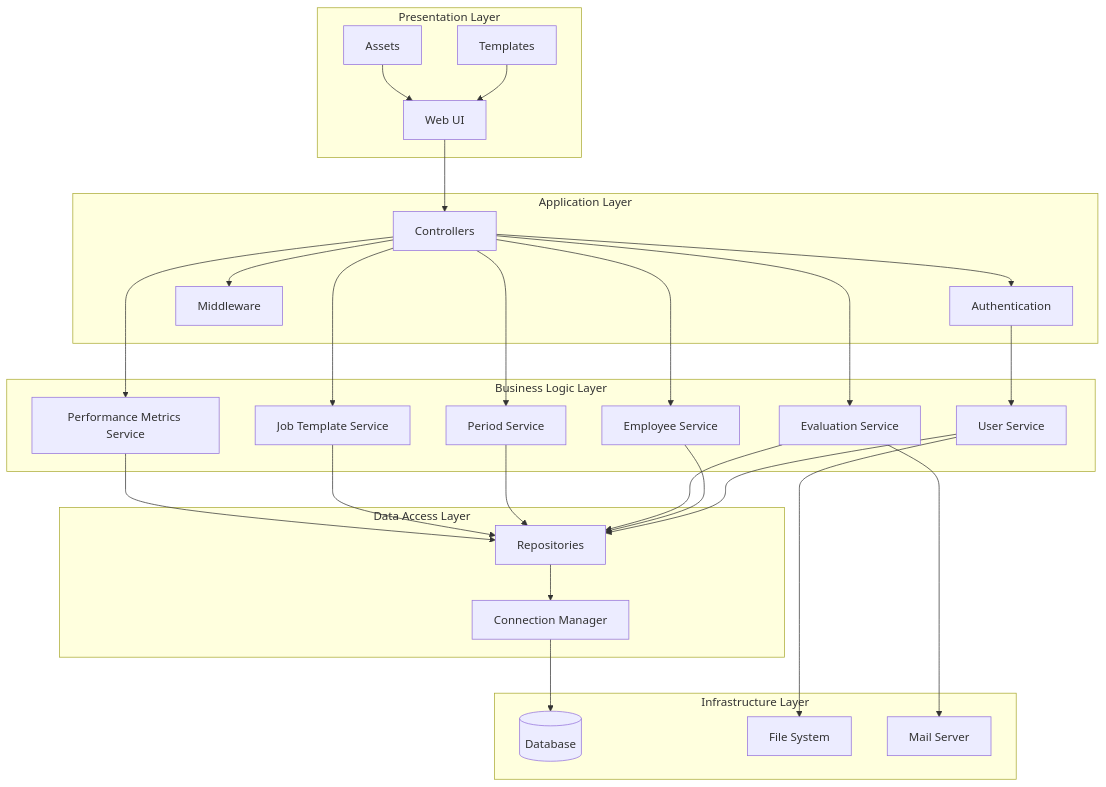
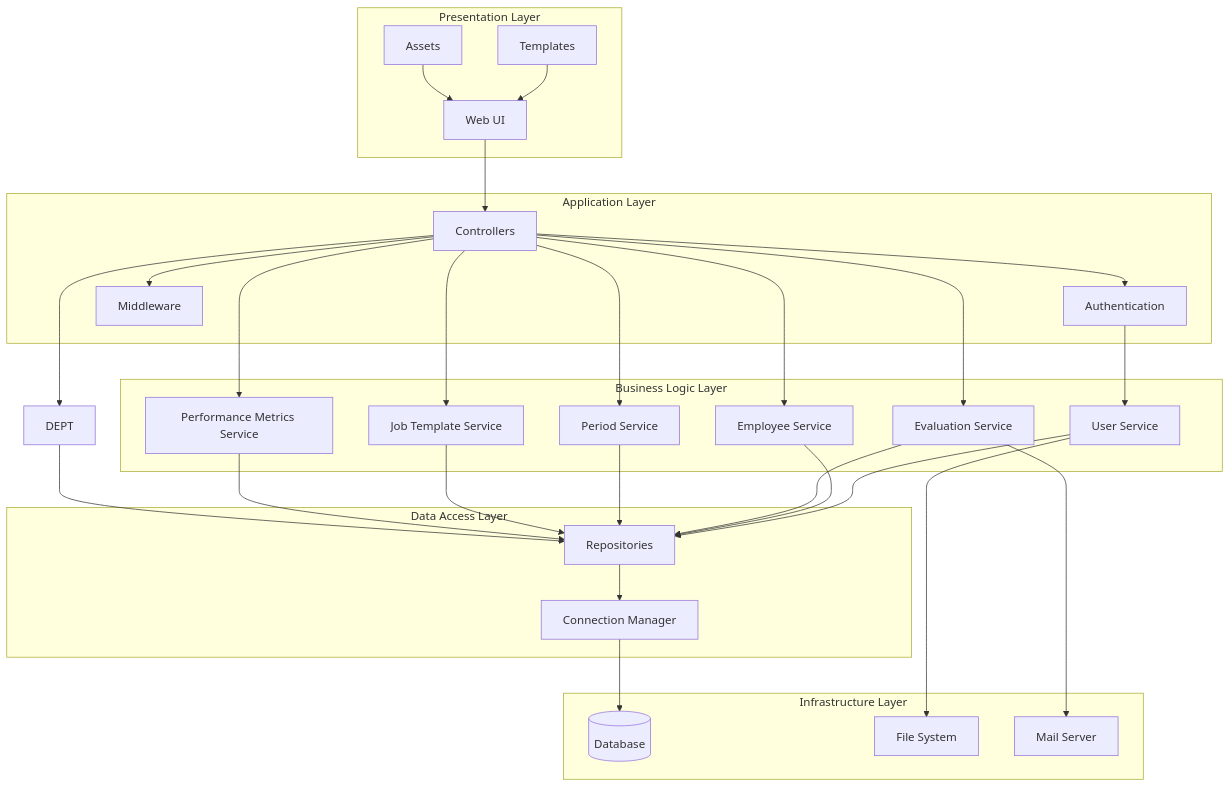
The second of 9 diagrams in docs/ARCHITECTURE_DESIGN.md (rascazzione/Universal-Development-HR-Sytem), drawn with Mermaid before and after one commit. The commit also changed 18 other files, not shown here.

````diff
--- a/docs/ARCHITECTURE_DESIGN.md
+++ b/docs/ARCHITECTURE_DESIGN.md
@@ -274,56 +274,58 @@
 ```mermaid
 graph TD
     subgraph "Presentation Layer"
         UI[Web UI]
         TMPL[Templates]
         ASSETS[Assets]
     end
     
     subgraph "Application Layer"
         AUTH[Authentication]
         CTRL[Controllers]
         MIDDLEWARE[Middleware]
     end
     
     subgraph "Business Logic Layer"
         USER[User Service]
         EMP[Employee Service]
         EVAL[Evaluation Service]
         PERIOD[Period Service]
         JT[Job Template Service]
         METRICS[Performance Metrics Service]
     end
     
     subgraph "Data Access Layer"
         REPO[Repositories]
         CONN[Connection Manager]
     end
     
     subgraph "Infrastructure Layer"
         DB[(Database)]
         FS[File System]
         MAIL[Mail Server]
     end
     
     UI --> CTRL
     TMPL --> UI
     ASSETS --> UI
     CTRL --> AUTH
     CTRL --> MIDDLEWARE
     AUTH --> USER
     CTRL --> EMP
     CTRL --> EVAL
     CTRL --> PERIOD
     CTRL --> JT
     CTRL --> METRICS
+    CTRL --> DEPT
     USER --> REPO
     EMP --> REPO
     EVAL --> REPO
     PERIOD --> REPO
     JT --> REPO
     METRICS --> REPO
+    DEPT --> REPO
     REPO --> CONN
     CONN --> DB
     USER --> FS
     EVAL --> MAIL
 ```
````
